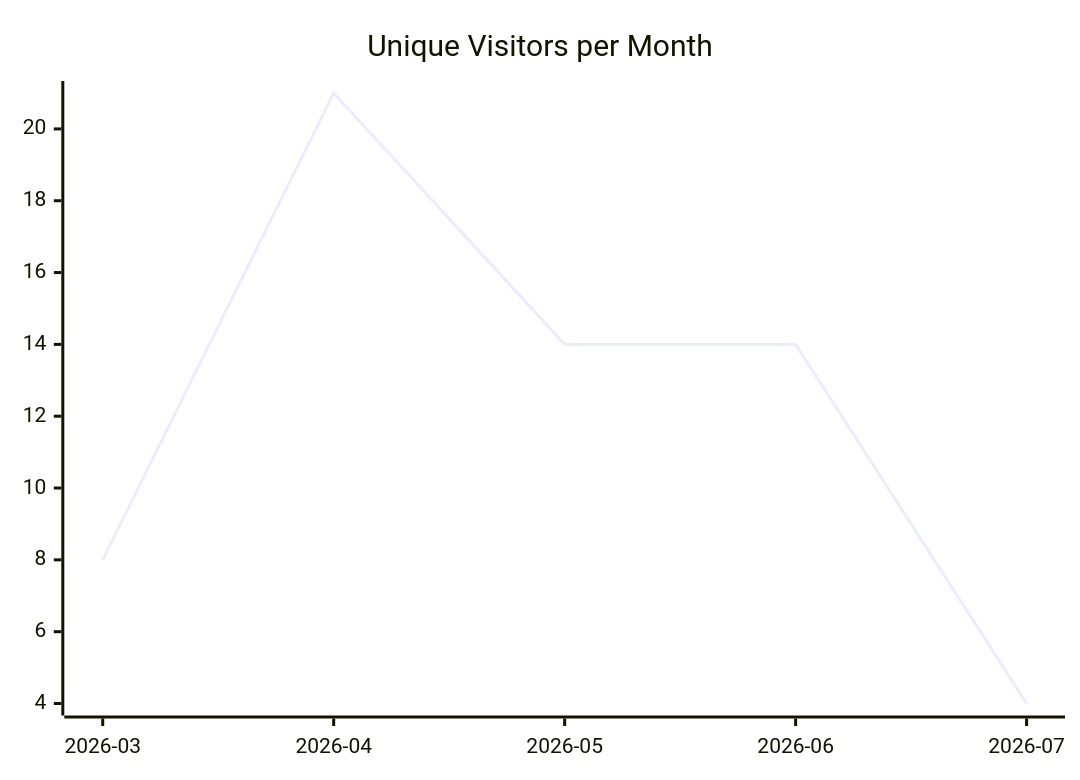
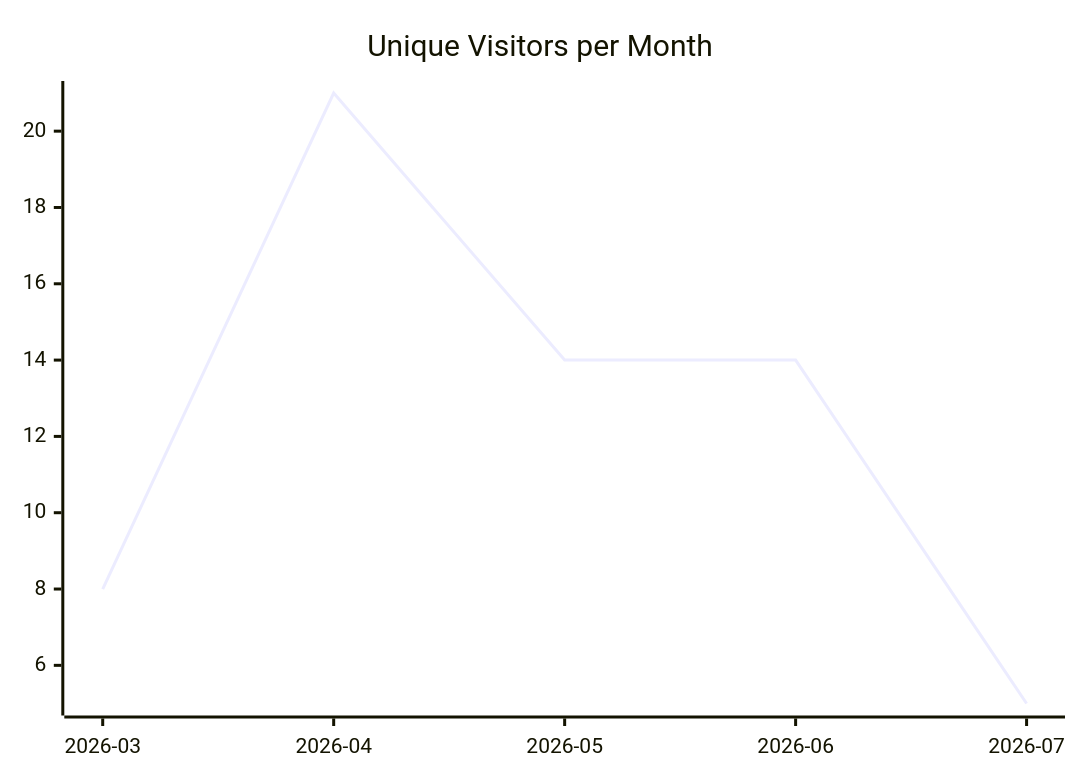
One commit to justdavis-family/github-analytics-data changed the first of 3 diagrams in karlmdavis/ksoap2-android/README.md. Above: the diagram before and after it, drawn with Mermaid. The commit also changed other lines of this file and 184 other files, not shown here.

````diff
--- a/karlmdavis/ksoap2-android/README.md
+++ b/karlmdavis/ksoap2-android/README.md
@@ -5,6 +5,6 @@
 ```mermaid
 xychart-beta
   title "Unique Visitors per Month"
   x-axis ["2026-03", "2026-04", "2026-05", "2026-06", "2026-07"]
-  line [8, 21, 14, 14, 4]
+  line [8, 21, 14, 14, 5]
 ```
````
